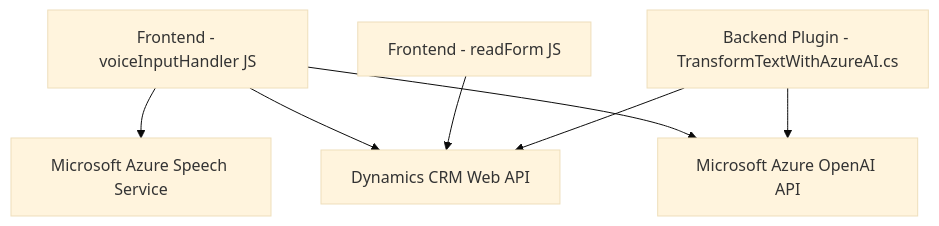
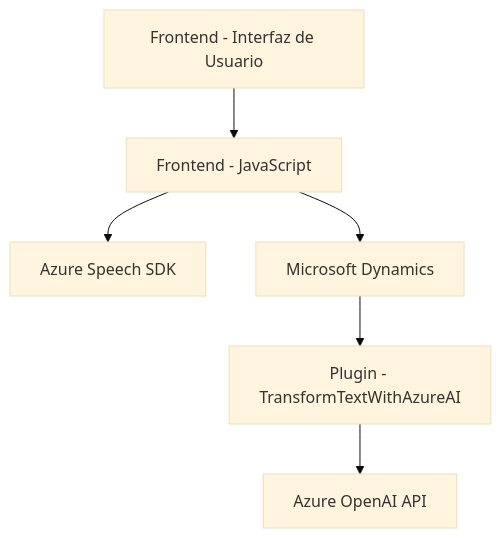
Before and after one commit to blopezdm/NETCORE_BILBAO2025: the diagram in README.md, drawn with Mermaid (base theme). The commit also changed other lines of this file, not shown here.

````diff
--- a/README.md
+++ b/README.md
@@ -56,16 +45,15 @@
 ```mermaid
 graph TD
-    A["Frontend - voiceInputHandler JS"]
-    B["Frontend - readForm JS"]
-    C["Backend Plugin - TransformTextWithAzureAI.cs"]
-    D["Microsoft Azure Speech Service"]
-    E["Microsoft Azure OpenAI API"]
-    F["Dynamics CRM Web API"]
-
-    A --> D
-    A --> F
-    A --> E
-    B --> F
-    C --> E
-    C --> F
+    UI["Frontend - Interfaz de Usuario"]
+    JS["Frontend - JavaScript"]
+    AzureSpeechSDK["Azure Speech SDK"]
+    Dynamics["Microsoft Dynamics"]
+    Plugin["Plugin - TransformTextWithAzureAI"]
+    AzureOpenAI["Azure OpenAI API"]
+    
+    UI --> JS
+    JS --> AzureSpeechSDK
+    JS --> Dynamics
+    Dynamics --> Plugin
+    Plugin --> AzureOpenAI
 ```
````
